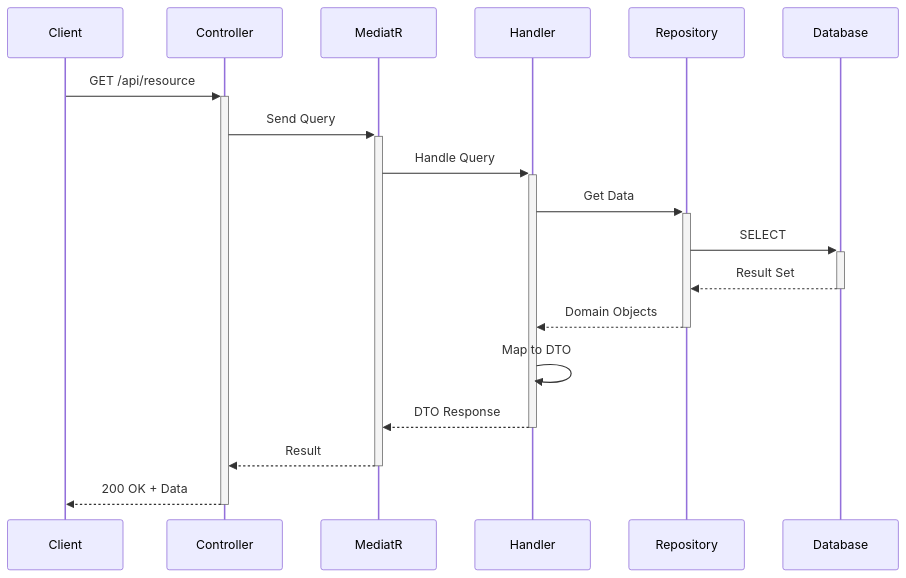
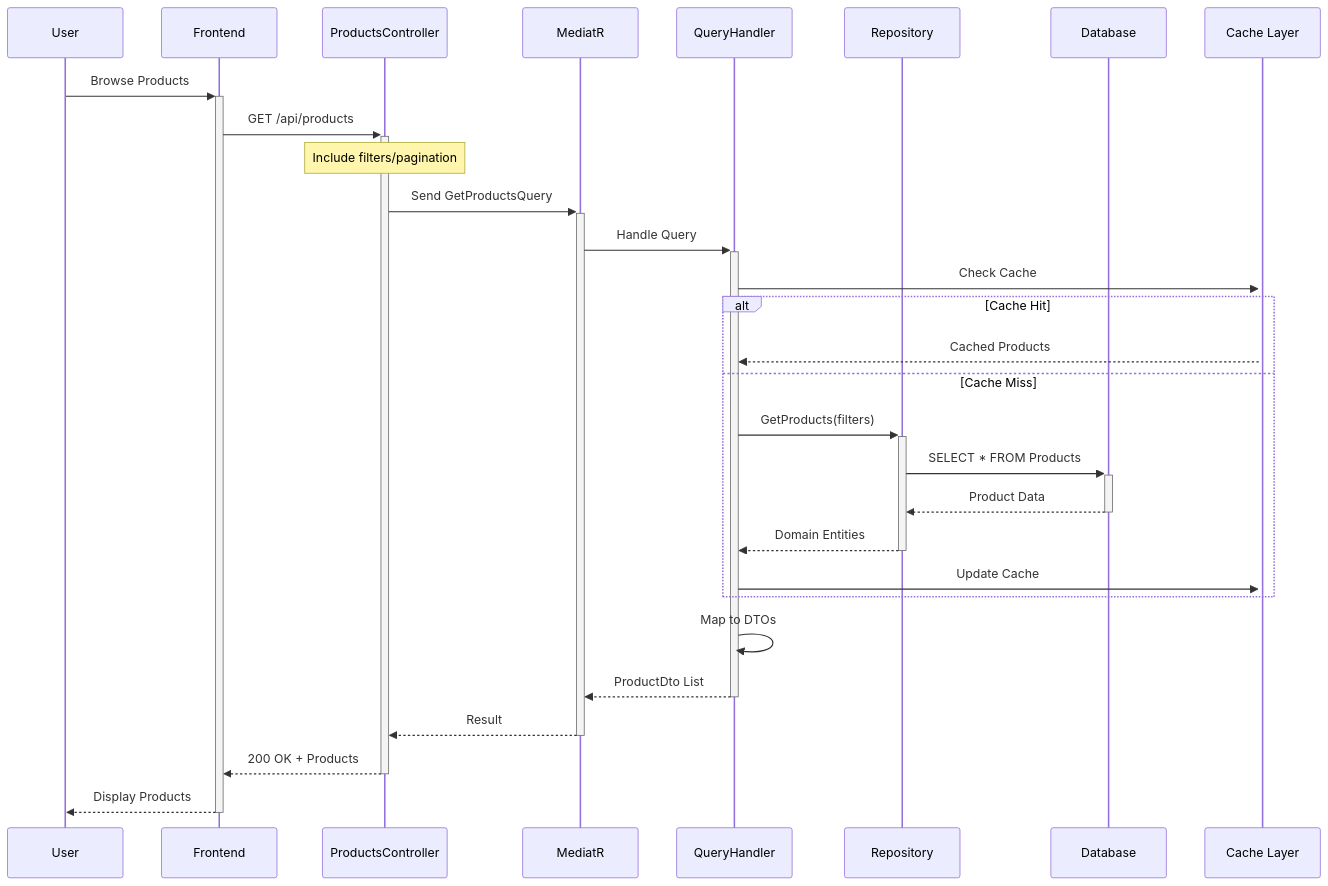
The fourth of 5 diagrams in testmapper.md (dbrijesh/uptime), drawn with Mermaid before and after one commit. The commit also changed other lines of this file, not shown here.

````diff
--- a/testmapper.md
+++ b/testmapper.md
@@ -467,21 +410,32 @@
 ```mermaid
 sequenceDiagram
-    participant Client
-    participant Controller
+    participant User
+    participant UI as Frontend
+    participant API as ProductsController
     participant MediatR
-    participant Handler
-    participant Repository
-    participant Database
+    participant Handler as QueryHandler
+    participant Repo as Repository
+    participant DB as Database
+    participant Cache as Cache Layer
 
-    Client->>+Controller: GET /api/resource
-    Controller->>+MediatR: Send Query
+    User->>+UI: Browse Products
+    UI->>+API: GET /api/products
+    Note over API: Include filters/pagination
+    API->>+MediatR: Send GetProductsQuery
     MediatR->>+Handler: Handle Query
-    Handler->>+Repository: Get Data
-    Repository->>+Database: SELECT
-    Database-->>-Repository: Result Set
-    Repository-->>-Handler: Domain Objects
-    Handler->>Handler: Map to DTO
-    Handler-->>-MediatR: DTO Response
-    MediatR-->>-Controller: Result
-    Controller-->>-Client: 200 OK + Data
+    Handler->>+Cache: Check Cache
+    alt Cache Hit
+        Cache-->>Handler: Cached Products
+    else Cache Miss
+        Handler->>+Repo: GetProducts(filters)
+        Repo->>+DB: SELECT * FROM Products
+        DB-->>-Repo: Product Data
+        Repo-->>-Handler: Domain Entities
+        Handler->>Cache: Update Cache
+    end
+    Handler->>Handler: Map to DTOs
+    Handler-->>-MediatR: ProductDto List
+    MediatR-->>-API: Result
+    API-->>-UI: 200 OK + Products
+    UI-->>-User: Display Products
 ```
````
